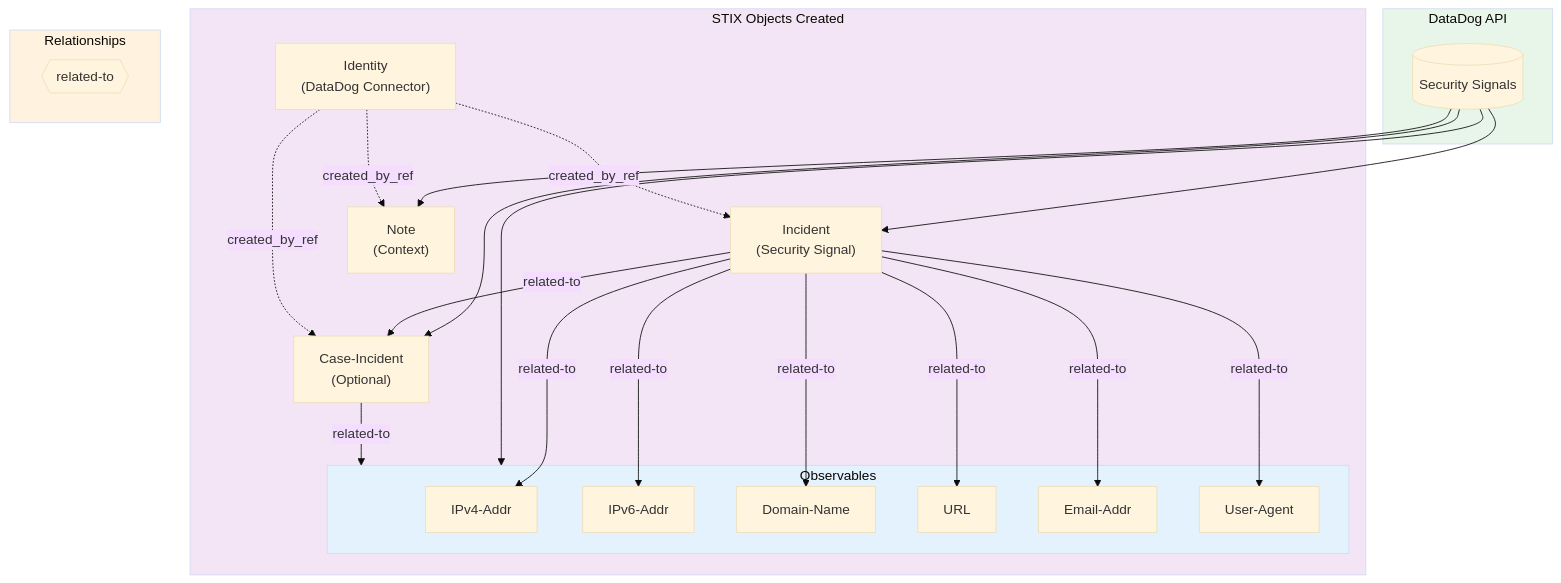
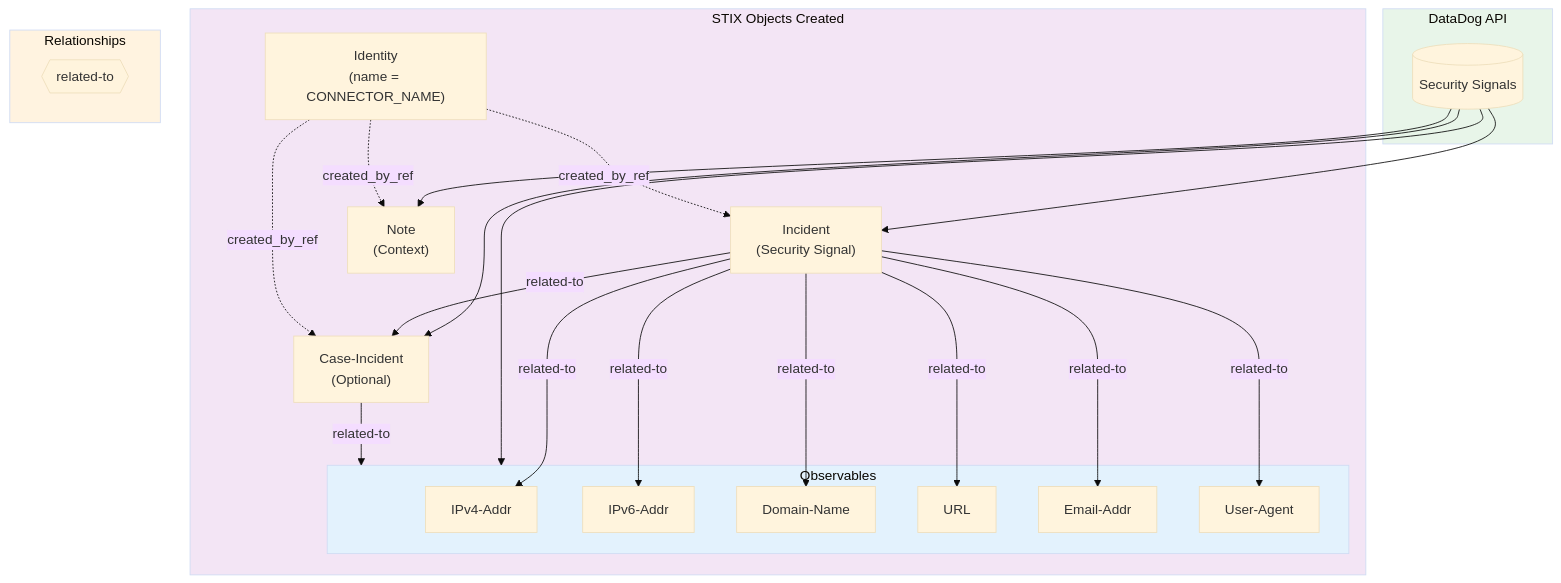
One commit to OpenCTI-Platform/connectors changed the first of 3 diagrams in external-import/datadog/README.md. Above: the diagram before and after it, drawn with Mermaid (base theme). The commit also changed other lines of this file and 2 other files, not shown here.

````diff
--- a/external-import/datadog/README.md
+++ b/external-import/datadog/README.md
@@ -27,50 +27,50 @@
 ```mermaid
 flowchart TB
     subgraph Source["DataDog API"]
         SIG[("Security Signals")]
     end
 
     subgraph Created["STIX Objects Created"]
-        ID["Identity\n(DataDog Connector)"]
+        ID["Identity\n(name = CONNECTOR_NAME)"]
         INC["Incident\n(Security Signal)"]
         CASE["Case-Incident\n(Optional)"]
         NOTE["Note\n(Context)"]
         
         subgraph Observables
             IP4["IPv4-Addr"]
             IP6["IPv6-Addr"]
             DOM["Domain-Name"]
             URL["URL"]
             EMAIL["Email-Addr"]
             UA["User-Agent"]
         end
     end
 
     subgraph Relationships["Relationships"]
         R1{{"related-to"}}
     end
 
     SIG --> INC
     SIG --> CASE
     SIG --> Observables
     SIG --> NOTE
 
     INC -->|related-to| IP4
     INC -->|related-to| IP6
     INC -->|related-to| DOM
     INC -->|related-to| URL
     INC -->|related-to| EMAIL
     INC -->|related-to| UA
     INC -->|related-to| CASE
 
     CASE -->|related-to| Observables
 
     ID -.->|created_by_ref| INC
     ID -.->|created_by_ref| CASE
     ID -.->|created_by_ref| NOTE
 
     style Source fill:#e8f5e9
     style Created fill:#f3e5f5
     style Observables fill:#e3f2fd
     style Relationships fill:#fff3e0
 ```
````
